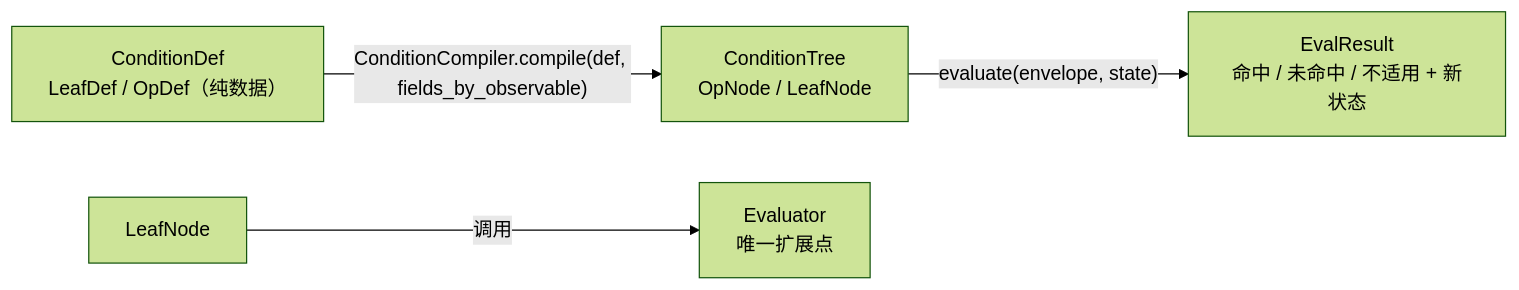
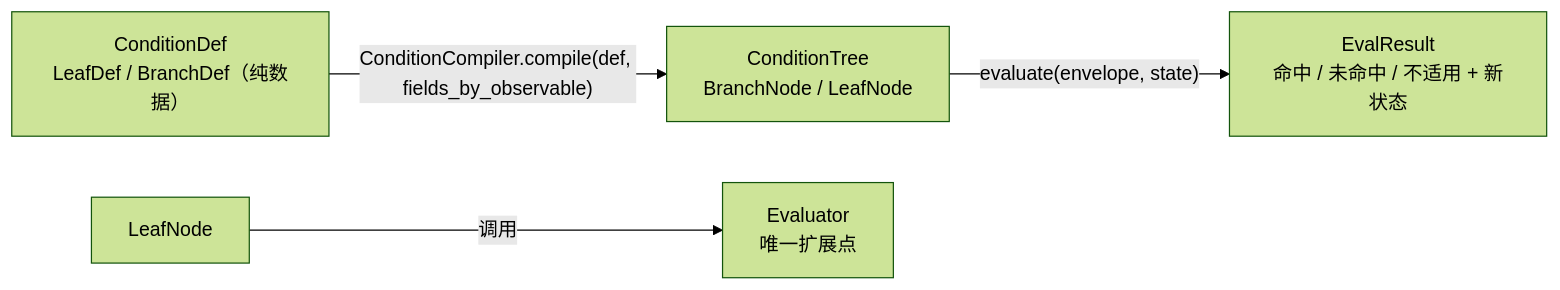
One commit to Jeromexsu/Orion changed the fifth of 5 diagrams in README.md. Above: the diagram before and after it, drawn with Mermaid (forest theme). The commit also changed other lines of this file and 13 other files, not shown here.

````diff
--- a/README.md
+++ b/README.md
@@ -308,6 +310,6 @@
 ```mermaid
 graph LR
-  CD["ConditionDef<br/>LeafDef / OpDef（纯数据）"] -->|"ConditionCompiler.compile(def, fields_by_observable)"| CT["ConditionTree<br/>OpNode / LeafNode"]
+  CD["ConditionDef<br/>LeafDef / BranchDef（纯数据）"] -->|"ConditionCompiler.compile(def, fields_by_observable)"| CT["ConditionTree<br/>BranchNode / LeafNode"]
   CT -->|"evaluate(envelope, state)"| ER["EvalResult<br/>命中 / 未命中 / 不适用 + 新状态"]
   LN["LeafNode"] -->|调用| EV["Evaluator<br/>唯一扩展点"]
 ```
````
